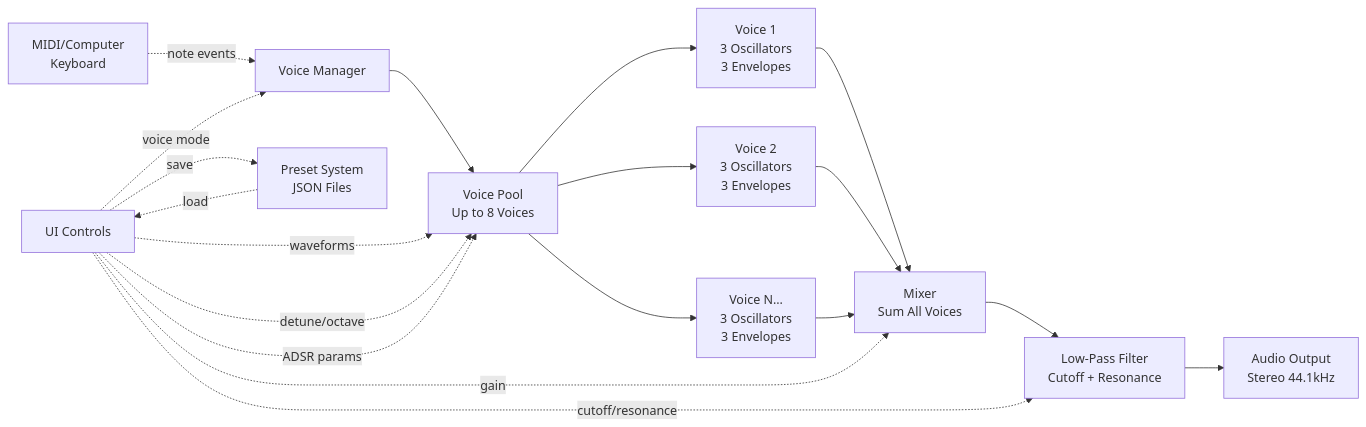
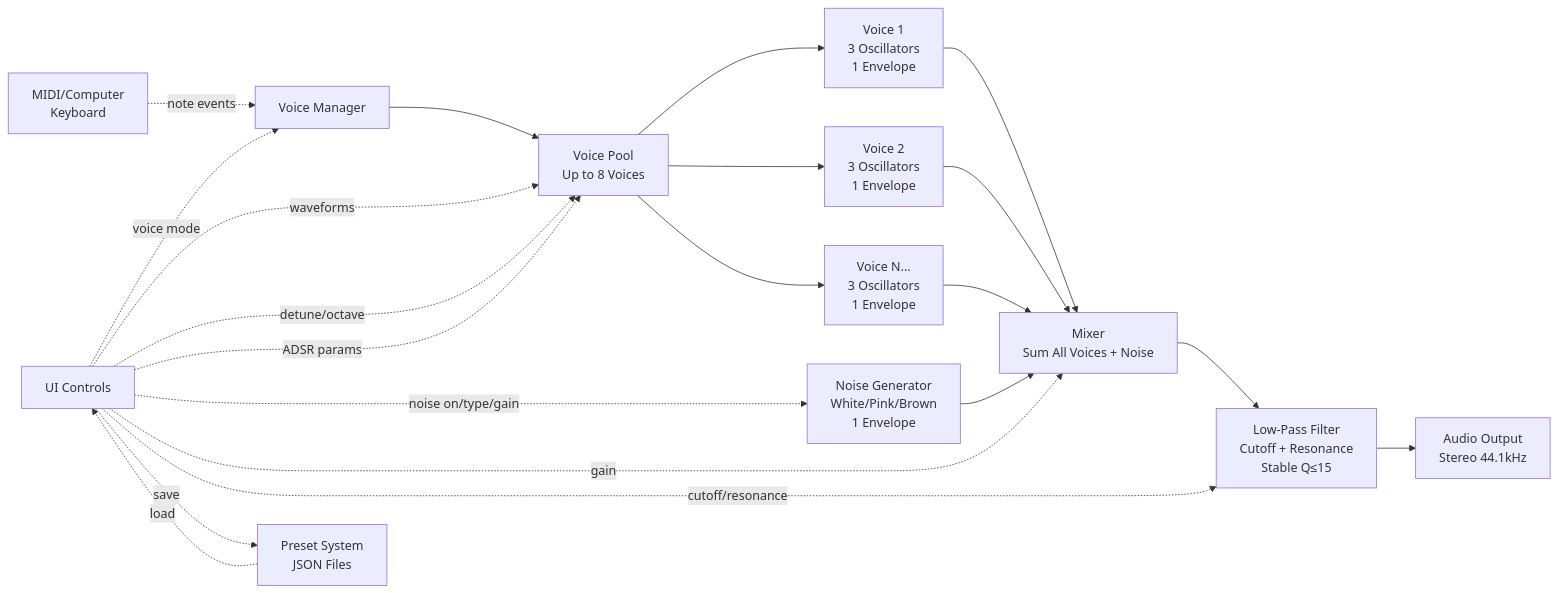
Before and after one commit to clemgoub/TripleOscillator: the second of 3 diagrams in README.md, drawn with Mermaid. The commit also changed other lines of this file and 1 other file, not shown here.

First line of the commit message:
Add noise generator and refactor to post-mixer envelope architecture

````diff
--- a/README.md
+++ b/README.md
@@ -253,26 +276,29 @@
 ```mermaid
 graph LR
     MIDI[MIDI/Computer<br/>Keyboard] -.->|note events| VM[Voice Manager]
     VM --> VP[Voice Pool<br/>Up to 8 Voices]
 
-    VP --> V1[Voice 1<br/>3 Oscillators<br/>3 Envelopes]
-    VP --> V2[Voice 2<br/>3 Oscillators<br/>3 Envelopes]
-    VP --> V3[Voice N...<br/>3 Oscillators<br/>3 Envelopes]
+    VP --> V1[Voice 1<br/>3 Oscillators<br/>1 Envelope]
+    VP --> V2[Voice 2<br/>3 Oscillators<br/>1 Envelope]
+    VP --> V3[Voice N...<br/>3 Oscillators<br/>1 Envelope]
 
-    V1 --> MIX[Mixer<br/>Sum All Voices]
+    NOISE[Noise Generator<br/>White/Pink/Brown<br/>1 Envelope] --> MIX
+
+    V1 --> MIX[Mixer<br/>Sum All Voices + Noise]
     V2 --> MIX
     V3 --> MIX
 
-    MIX --> FILT[Low-Pass Filter<br/>Cutoff + Resonance]
+    MIX --> FILT[Low-Pass Filter<br/>Cutoff + Resonance<br/>Stable Q≤15]
     FILT --> OUT[Audio Output<br/>Stereo 44.1kHz]
 
     UI[UI Controls] -.->|voice mode| VM
     UI -.->|waveforms| VP
     UI -.->|detune/octave| VP
     UI -.->|ADSR params| VP
+    UI -.->|noise on/type/gain| NOISE
     UI -.->|gain| MIX
     UI -.->|cutoff/resonance| FILT
 
     PRESET[Preset System<br/>JSON Files] -.->|load| UI
     UI -.->|save| PRESET
 ```
````
